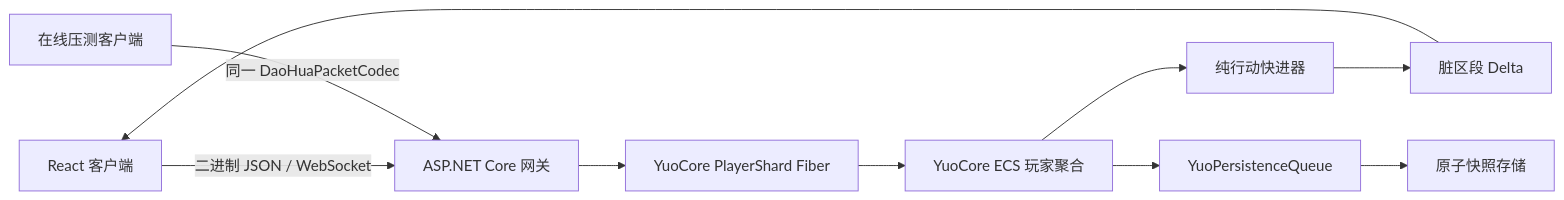
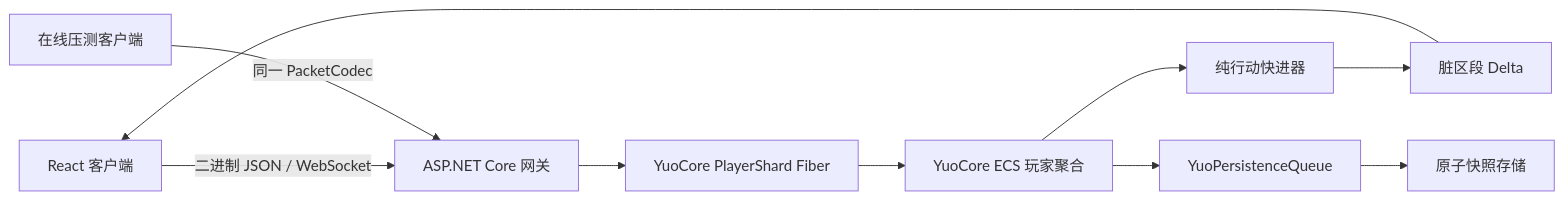
One commit to fruktoguo/daohua changed the diagram in docs/design/initial-design.md. Above: the diagram before and after it, drawn with Mermaid. The commit also changed other lines of this file and 180 other files, not shown here.

````diff
--- a/docs/design/initial-design.md
+++ b/docs/design/initial-design.md
@@ -87,12 +87,12 @@
 ```mermaid
 flowchart LR
     UI[React 客户端] -->|二进制 JSON / WebSocket| WS[ASP.NET Core 网关]
-    LOAD[在线压测客户端] -->|同一 DaoHuaPacketCodec| WS
+    LOAD[在线压测客户端] -->|同一 PacketCodec| WS
     WS --> FIBER[YuoCore PlayerShard Fiber]
     FIBER --> ECS[YuoCore ECS 玩家聚合]
     ECS --> SIM[纯行动快进器]
     SIM --> DELTA[脏区段 Delta]
     DELTA --> UI
     ECS --> QUEUE[YuoPersistenceQueue]
     QUEUE --> SNAPSHOT[原子快照存储]
 ```
````
